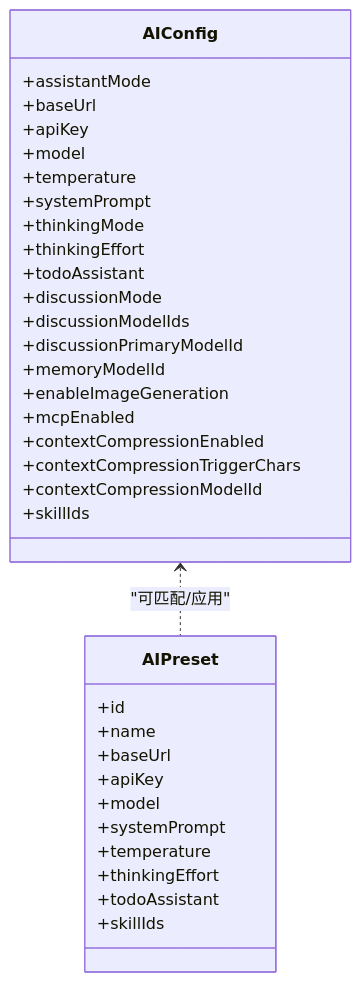
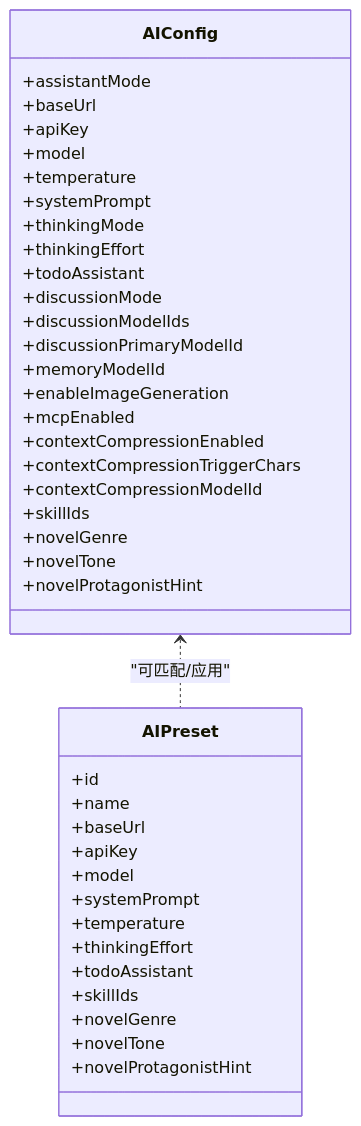
Before and after one commit to xixixiaoyu/Todo: the fourth of 12 diagrams in .qoder/repowiki/zh/content/核心模块/AI助手系统/AI助手系统.md, drawn with Mermaid. The commit also changed other lines of this file and 12 other files, not shown here.

````diff
--- a/.qoder/repowiki/zh/content/核心模块/AI助手系统/AI助手系统.md
+++ b/.qoder/repowiki/zh/content/核心模块/AI助手系统/AI助手系统.md
@@ -227,37 +304,43 @@
 ```mermaid
 classDiagram
 class AIConfig {
 +assistantMode
 +baseUrl
 +apiKey
 +model
 +temperature
 +systemPrompt
 +thinkingMode
 +thinkingEffort
 +todoAssistant
 +discussionMode
 +discussionModelIds
 +discussionPrimaryModelId
 +memoryModelId
 +enableImageGeneration
 +mcpEnabled
 +contextCompressionEnabled
 +contextCompressionTriggerChars
 +contextCompressionModelId
 +skillIds
++novelGenre
++novelTone
++novelProtagonistHint
 }
 class AIPreset {
 +id
 +name
 +baseUrl
 +apiKey
 +model
 +systemPrompt
 +temperature
 +thinkingEffort
 +todoAssistant
 +skillIds
++novelGenre
++novelTone
++novelProtagonistHint
 }
 AIConfig <.. AIPreset : "可匹配/应用"
 ```
````
